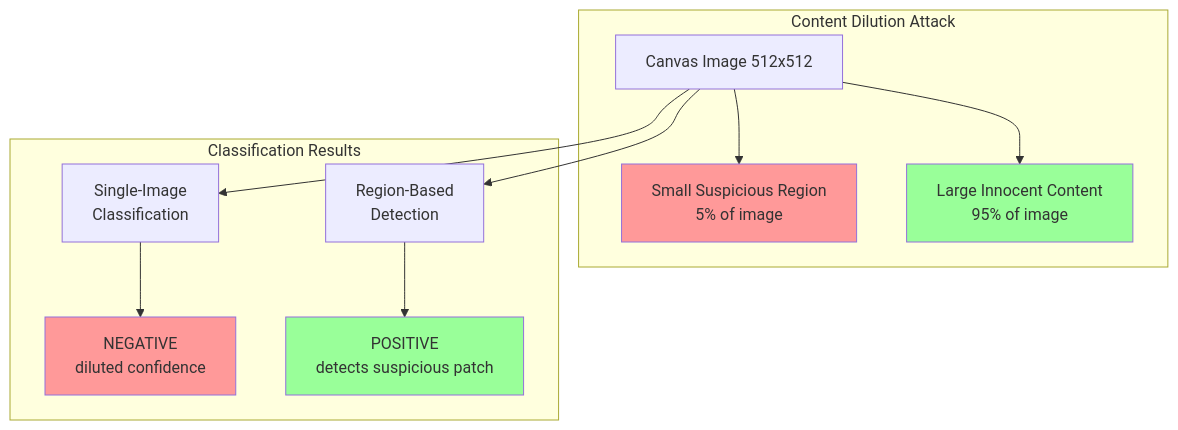
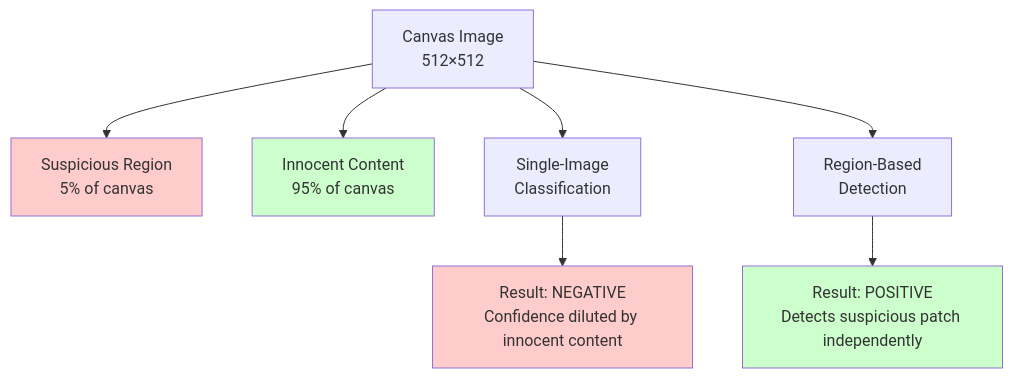
One commit to mc-ondros/DoodleParty changed the first of 2 diagrams in .documentation/region_detection.md. Above: the diagram before and after it, drawn with Mermaid. The commit also changed 31 other files, not shown here.

````diff
--- a/.documentation/region_detection.md
+++ b/.documentation/region_detection.md
@@ -31,24 +31,16 @@
 ```mermaid
 graph TB
-    subgraph "Content Dilution Attack"
-        A[Canvas Image 512x512]
-        B[Small Suspicious Region<br/>5% of image]
-        C[Large Innocent Content<br/>95% of image]
-        A --> B
-        A --> C
-    end
+    Input[Canvas Image<br/>512×512] --> Suspicious[Suspicious Region<br/>5% of canvas]
+    Input --> Innocent[Innocent Content<br/>95% of canvas]
     
-    subgraph "Classification Results"
-        D[Single-Image<br/>Classification]
-        E[Region-Based<br/>Detection]
-        A --> D
-        A --> E
-        D --> F[NEGATIVE<br/>diluted confidence]
-        E --> G[POSITIVE<br/>detects suspicious patch]
-    end
+    Input --> SingleImage[Single-Image<br/>Classification]
+    Input --> RegionBased[Region-Based<br/>Detection]
     
-    style B fill:#ff9999
-    style C fill:#99ff99
-    style F fill:#ff9999
-    style G fill:#99ff99
+    SingleImage --> Negative[Result: NEGATIVE<br/>Confidence diluted by innocent content]
+    RegionBased --> Positive[Result: POSITIVE<br/>Detects suspicious patch independently]
+    
+    style Suspicious fill:#ffcccc
+    style Innocent fill:#ccffcc
+    style Negative fill:#ffcccc
+    style Positive fill:#ccffcc
 ```
````
